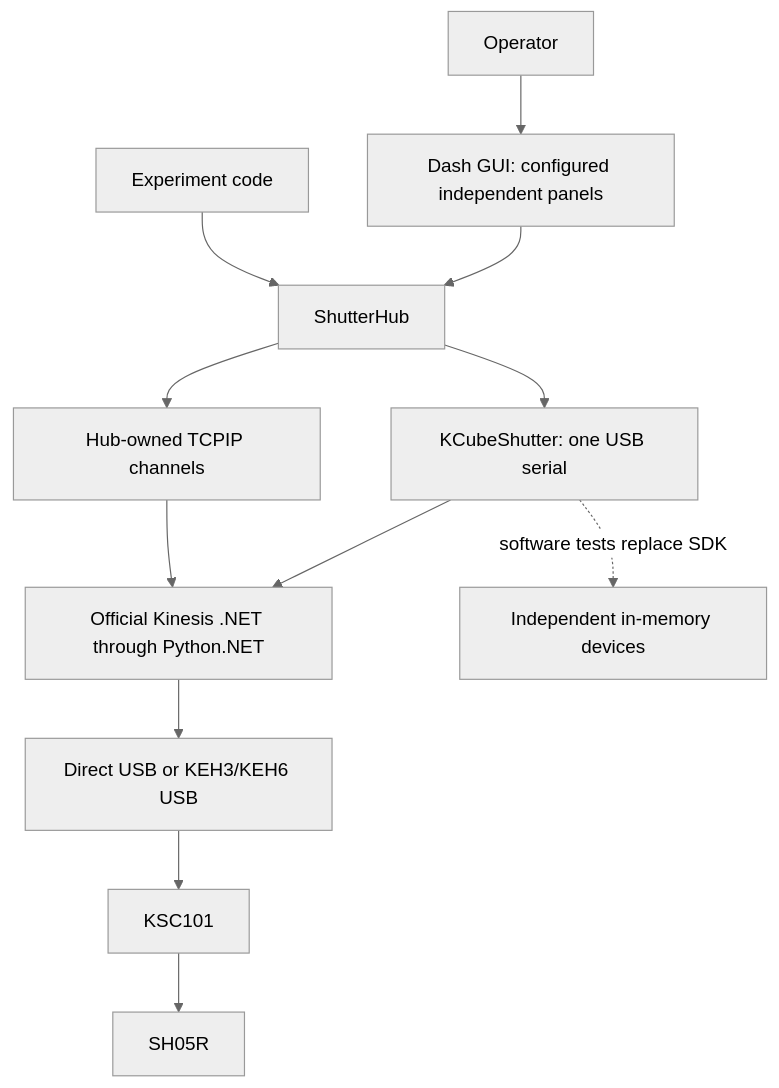
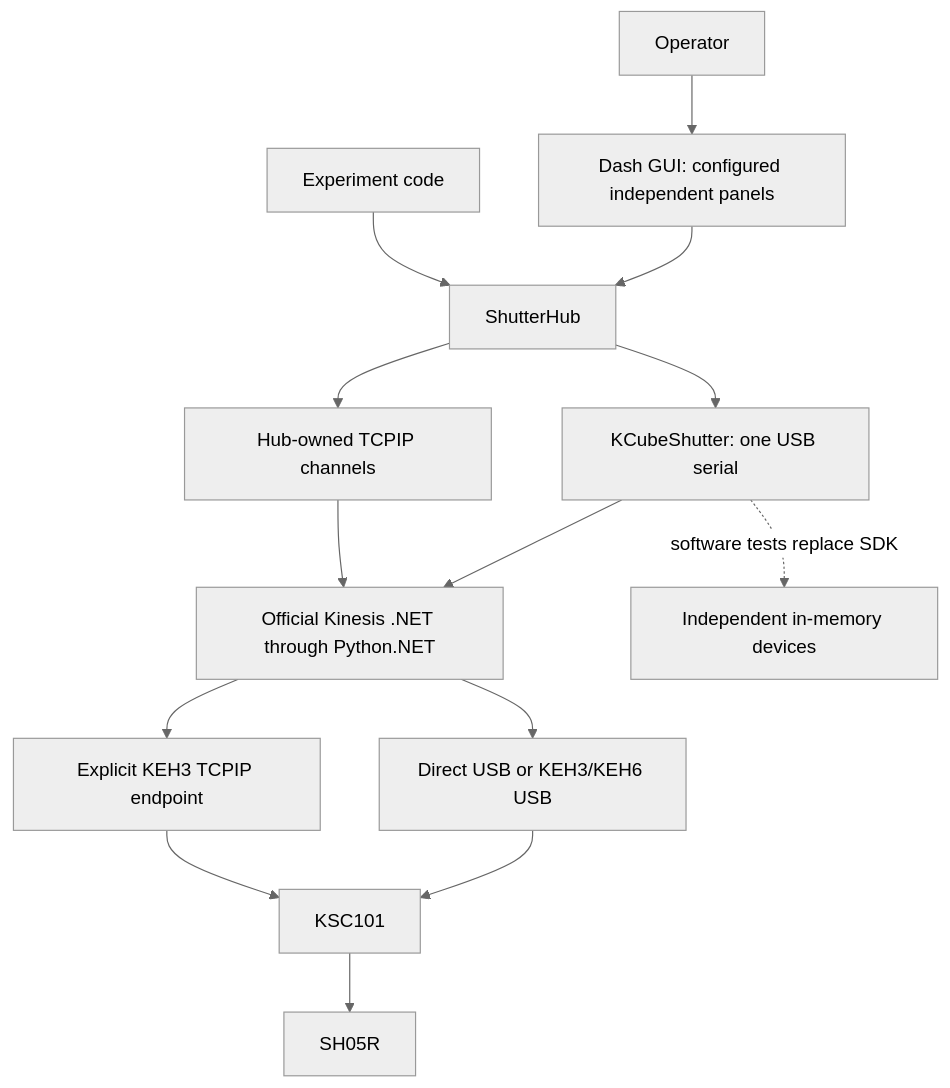
One commit to cct1123/thorlabs-shutter-control changed the diagram in docs/architecture.md. Above: the diagram before and after it, drawn with Mermaid (neutral theme). The commit also changed other lines of this file and 32 other files, not shown here.

````diff
--- a/docs/architecture.md
+++ b/docs/architecture.md
@@ -5,14 +5,16 @@
 ```mermaid
 flowchart TD
     User[Operator] --> GUI[Dash GUI: configured independent panels]
     Experiment[Experiment code] --> Hub[ShutterHub]
     GUI --> Hub
     Hub --> Driver[KCubeShutter: one USB serial]
     Hub --> Network[Hub-owned TCPIP channels]
     Network --> SDK
     Driver --> SDK[Official Kinesis .NET through Python.NET]
+    SDK --> LAN[Explicit KEH3 TCPIP endpoint]
+    LAN --> Cube
     SDK --> USB[Direct USB or KEH3/KEH6 USB]
     USB --> Cube[KSC101]
     Cube --> Shutter[SH05R]
     Driver -. software tests replace SDK .-> Fake[Independent in-memory devices]
 ```
````
